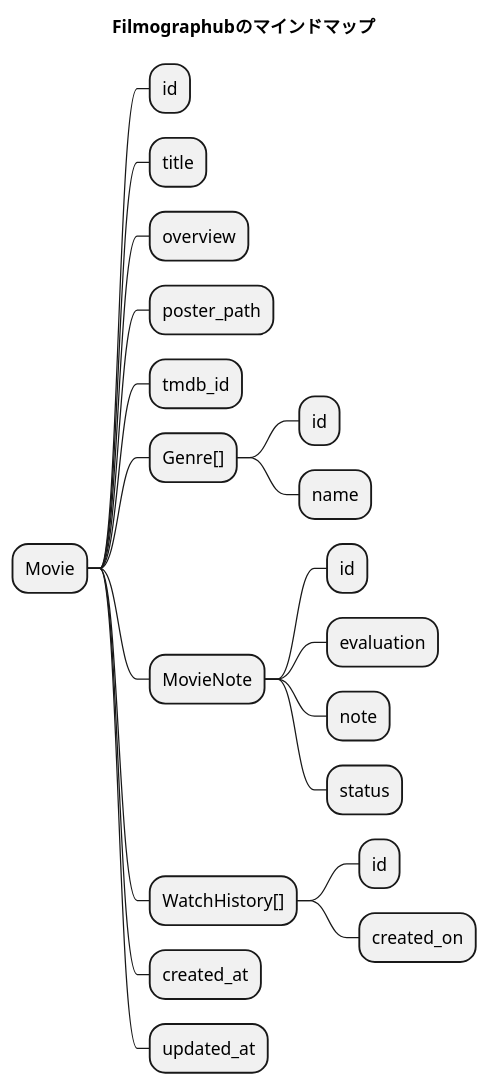
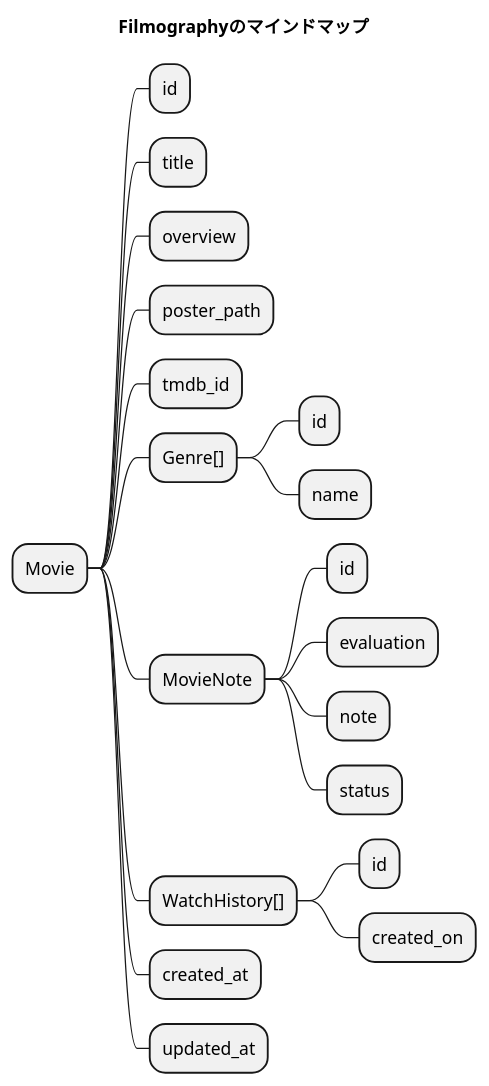
Before and after one commit to takeYY/filmography: the diagram in api/docs/mindmap/mindmap.puml, drawn with PlantUML. The commit also changed 16 other files, not shown here.

```diff
--- a/api/docs/mindmap/mindmap.puml
+++ b/api/docs/mindmap/mindmap.puml
@@ -1,25 +1,25 @@
 @startmindmap fig_mindmap
 
-title Filmographubのマインドマップ
+title Filmographyのマインドマップ
 
 * Movie
   ** id
   ** title
   ** overview
   ** poster_path
   ** tmdb_id
   ** Genre[]
     *** id
     *** name
   ** MovieNote
     *** id
     *** evaluation
     *** note
     *** status
   ** WatchHistory[]
     *** id
     *** created_on
   ** created_at
   ** updated_at
 
 @endmindmap
```
